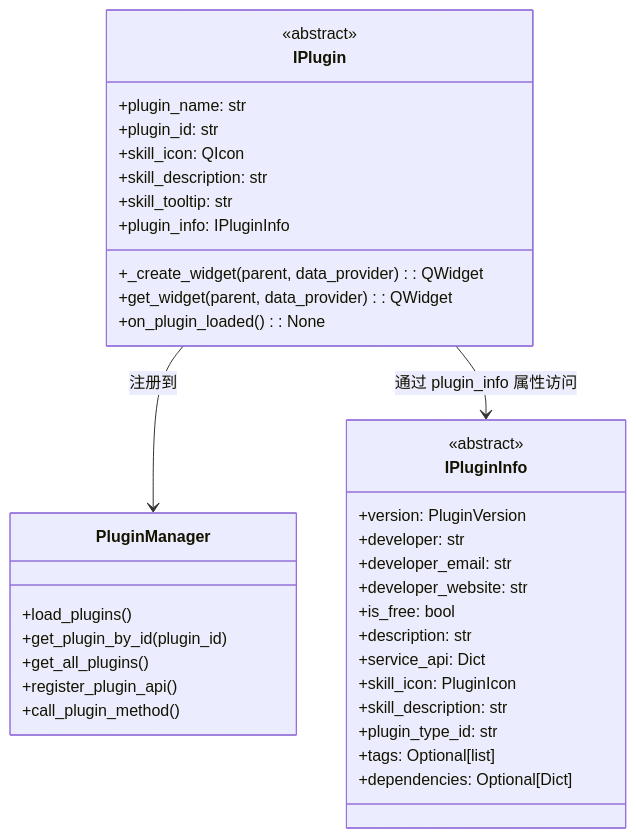
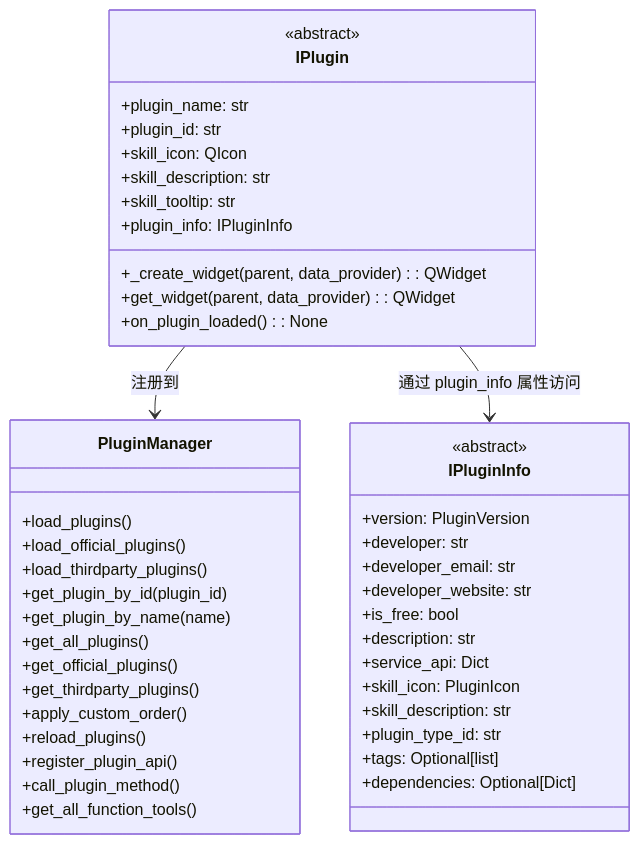
Before and after one commit to KKPIP-Tech/InstructionX: the fourth of 5 diagrams in docs/core/plugin-system/overview.md, drawn with Mermaid. The commit also changed other lines of this file and 28 other files, not shown here.

````diff
--- a/docs/core/plugin-system/overview.md
+++ b/docs/core/plugin-system/overview.md
@@ -210,42 +210,50 @@
 ```mermaid
 classDiagram
     class IPlugin {
         <<abstract>>
         +plugin_name: str
         +plugin_id: str
         +skill_icon: QIcon
         +skill_description: str
         +skill_tooltip: str
         +plugin_info: IPluginInfo
         +_create_widget(parent, data_provider): QWidget
         +get_widget(parent, data_provider): QWidget
         +on_plugin_loaded(): None
     }
 
     class IPluginInfo {
         <<abstract>>
         +version: PluginVersion
         +developer: str
         +developer_email: str
         +developer_website: str
         +is_free: bool
         +description: str
         +service_api: Dict
         +skill_icon: PluginIcon
         +skill_description: str
         +plugin_type_id: str
         +tags: Optional[list]
         +dependencies: Optional[Dict]
     }
 
     class PluginManager {
         +load_plugins()
+        +load_official_plugins()
+        +load_thirdparty_plugins()
         +get_plugin_by_id(plugin_id)
+        +get_plugin_by_name(name)
         +get_all_plugins()
+        +get_official_plugins()
+        +get_thirdparty_plugins()
+        +apply_custom_order()
+        +reload_plugins()
         +register_plugin_api()
         +call_plugin_method()
+        +get_all_function_tools()
     }
 
     IPlugin --> PluginManager : 注册到
     IPlugin --> IPluginInfo : 通过 plugin_info 属性访问
 ```
````
